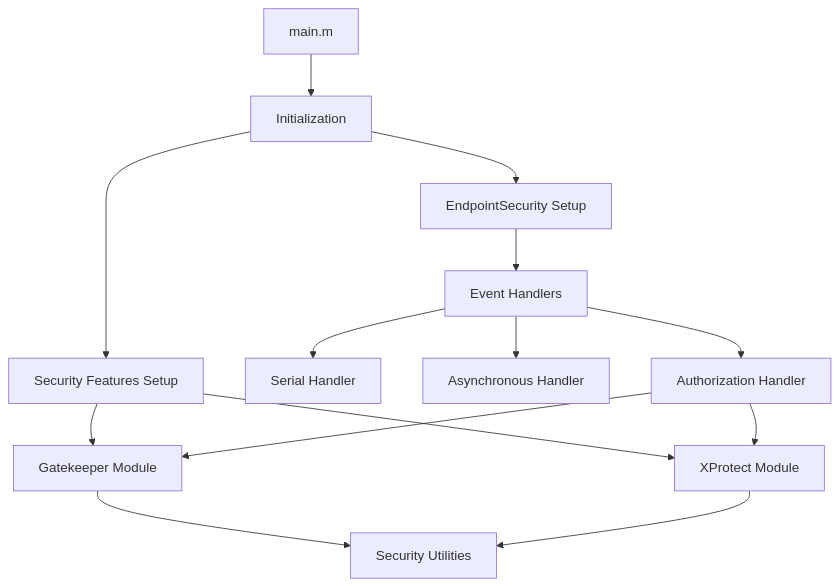
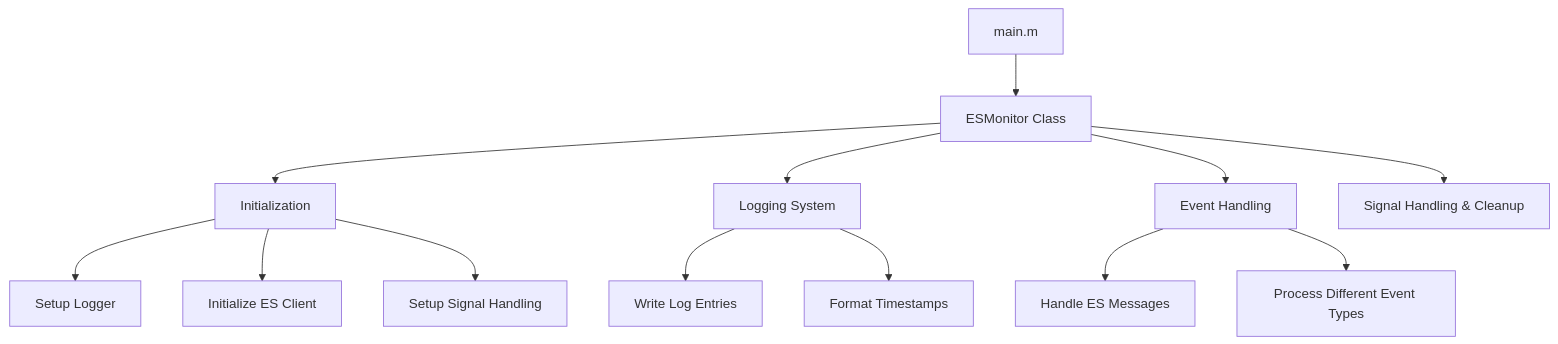
The diagram in DOCS/Implementation Details.md (anubhavg-icpl/EndpointSecurityDemo), drawn with Mermaid before and after one commit. The commit also changed other lines of this file and 4 other files, not shown here.

Commit message:
Refactor architecture documentation and introduce ESMonitor class for event handling

````diff
--- a/DOCS/Implementation Details.md
+++ b/DOCS/Implementation Details.md
@@ -9,20 +9,19 @@
 ```mermaid
 graph TB
-    Main[main.m] --> Init[Initialization]
-    Init --> ESSetup[EndpointSecurity Setup]
-    Init --> SecuritySetup[Security Features Setup]
+    Main[main.m] --> ESMonitor[ESMonitor Class]
 
-    ESSetup --> EventHandlers[Event Handlers]
-    EventHandlers --> SerialHandler[Serial Handler]
-    EventHandlers --> AsyncHandler[Asynchronous Handler]
+    ESMonitor --> Init[Initialization]
+    ESMonitor --> Logging[Logging System]
+    ESMonitor --> EventHandling[Event Handling]
+    ESMonitor --> Cleanup[Signal Handling & Cleanup]
 
-    SecuritySetup --> GatekeeperModule[Gatekeeper Module]
-    SecuritySetup --> XProtectModule[XProtect Module]
+    Init --> SetupLogger[Setup Logger]
+    Init --> InitializeESClient[Initialize ES Client]
+    Init --> SetupSignalHandling[Setup Signal Handling]
 
-    EventHandlers --> AuthHandler[Authorization Handler]
-    AuthHandler --> GatekeeperModule
-    AuthHandler --> XProtectModule
+    EventHandling --> HandleESMessage[Handle ES Messages]
+    EventHandling --> ProcessEvents[Process Different Event Types]
 
-    GatekeeperModule --> SecurityUtils[Security Utilities]
-    XProtectModule --> SecurityUtils
+    Logging --> WriteLogEntry[Write Log Entries]
+    Logging --> FormatTimestamp[Format Timestamps]
 ```
````
